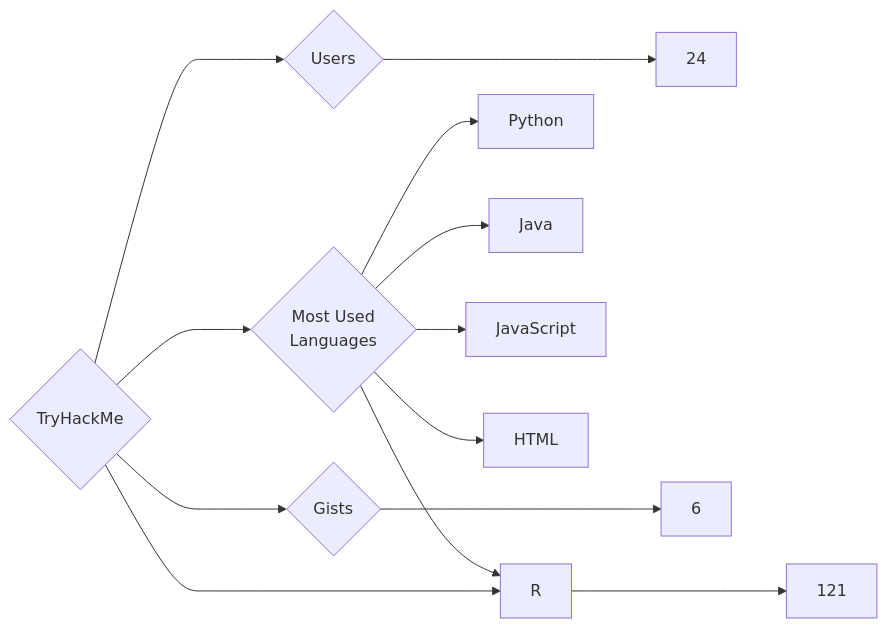
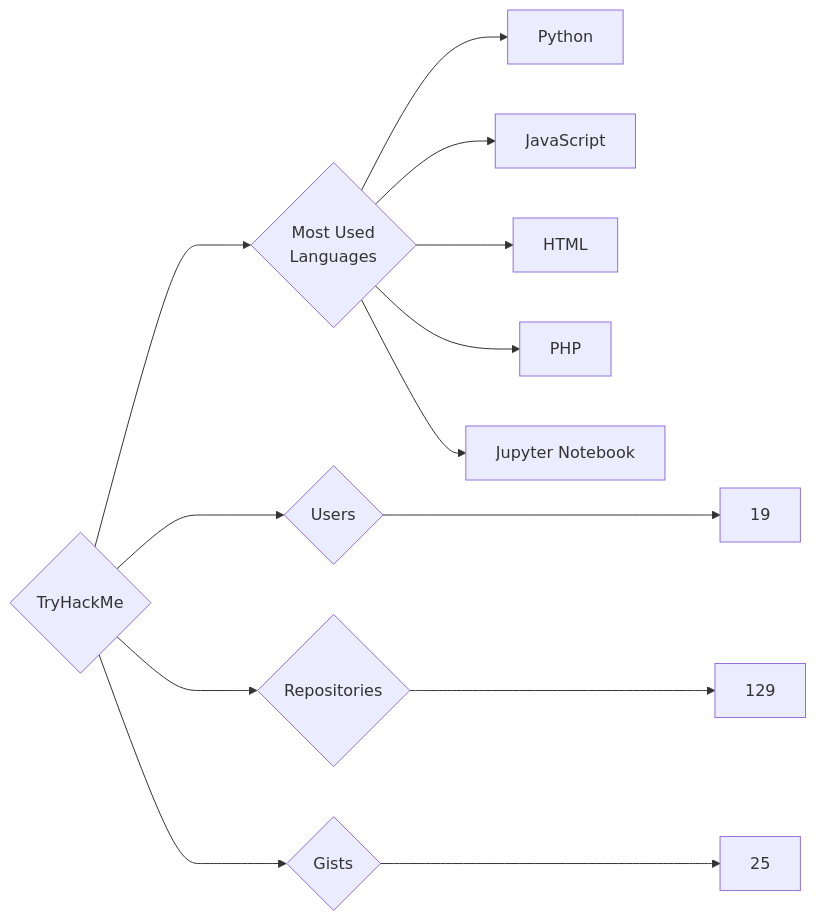
One commit to trickest/insiders changed the diagram in targets/TryHackMe/README.md. Above: the diagram before and after it, drawn with Mermaid. The commit also changed 948 other files, not shown here.

````diff
--- a/targets/TryHackMe/README.md
+++ b/targets/TryHackMe/README.md
@@ -3,13 +3,13 @@
 ```mermaid
 graph LR
 COMPANY_NAME{TryHackMe}
-COMPANY_NAME ---> U{Users} ---> UN[24]
-COMPANY_NAME ---> R{Repositories} ---> RN[121]
-COMPANY_NAME ---> G{Gists} ---> GN[6]
+COMPANY_NAME ---> U{Users} ---> UN[19]
+COMPANY_NAME ---> R{Repositories} ---> RN[129]
+COMPANY_NAME ---> G{Gists} ---> GN[25]
 COMPANY_NAME ---> ML{Most Used<br>Languages}
 ML --> Python[Python]
-ML --> Java[Java]
 ML --> JavaScript[JavaScript]
 ML --> HTML[HTML]
-ML --> R[R]
+ML --> PHP[PHP]
+ML --> Jupyter_Notebook[Jupyter Notebook]
 ```
````
